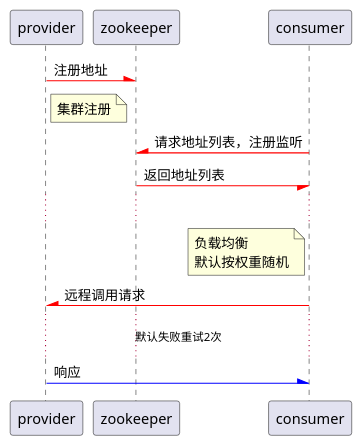
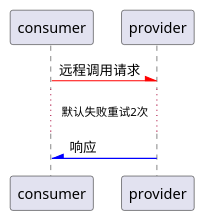
One commit to zhuliangcai/uml changed the diagram in dubbo/simple_no_zookeeper.puml. Above: the diagram before and after it, drawn with PlantUML. The commit also changed 1 other file, not shown here.

Commit message:
dubbo简单流程图uml

```diff
--- a/dubbo/simple_no_zookeeper.puml
+++ b/dubbo/simple_no_zookeeper.puml
@@ -1,24 +1,9 @@
 @startuml
-
-provider -[#red]\ zookeeper : 注册地址
-note right of provider
- 集群注册
-end note
-consumer -[#red]\ zookeeper : 请求地址列表，注册监听
-
-consumer \-[#red] zookeeper : 返回地址列表
-
-...
-
-note left of consumer
- 负载均衡
- 默认按权重随机
-end note
 
 consumer -[#red]\ provider : 远程调用请求
 
 ... 默认失败重试2次 ...
 
 consumer /[#blue]- provider : 响应
 
 @enduml
```
